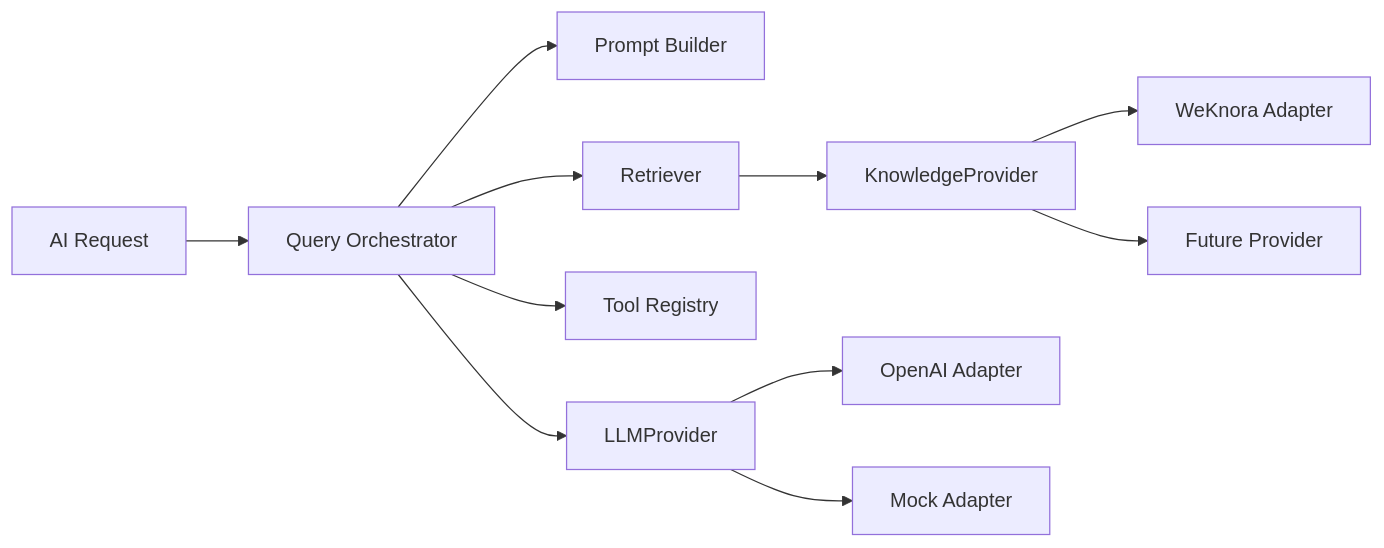
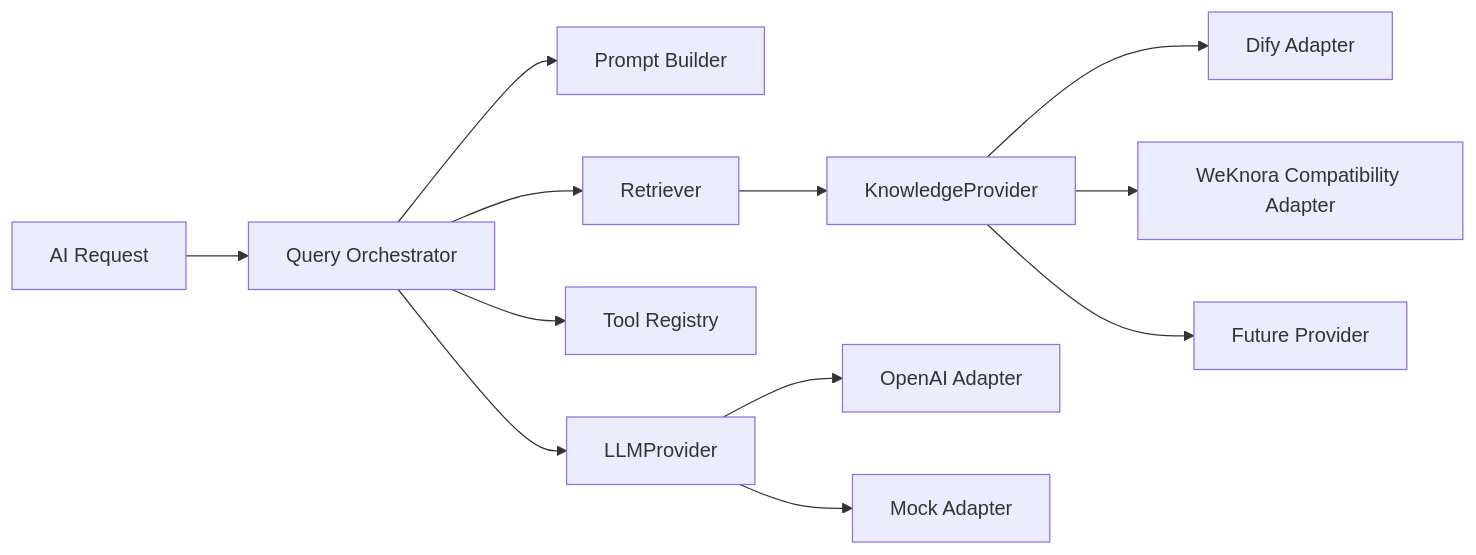
The second of 4 diagrams in README.md (timebeau/servify), drawn with Mermaid before and after one commit. The commit also changed other lines of this file and 57 other files, not shown here.

````diff
--- a/README.md
+++ b/README.md
@@ -203,13 +203,14 @@
 ```mermaid
 flowchart LR
     API[AI Request] --> ORCH[Query Orchestrator]
     ORCH --> PROMPT[Prompt Builder]
     ORCH --> RET[Retriever]
     ORCH --> TOOLS[Tool Registry]
     RET --> KP[KnowledgeProvider]
     ORCH --> LLM[LLMProvider]
-    KP --> WEK[WeKnora Adapter]
+    KP --> DIFY[Dify Adapter]
+    KP --> WEK[WeKnora Compatibility Adapter]
     KP --> ALT[Future Provider]
     LLM --> OPENAI[OpenAI Adapter]
     LLM --> MOCK[Mock Adapter]
 ```
````
